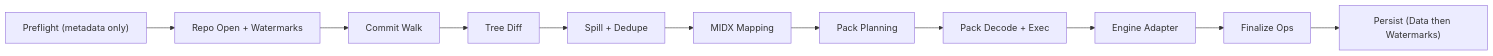
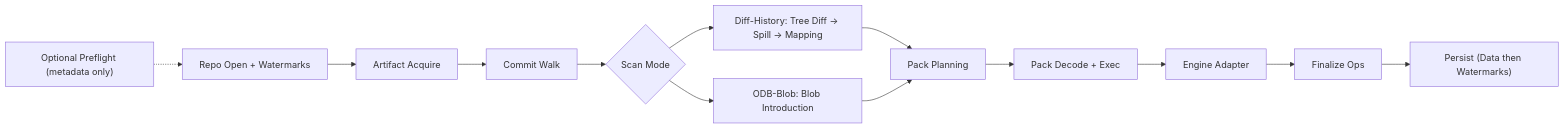
One commit to ahrav/scratch-scanner-rs changed the diagram in docs/git-scanning.md. Above: the diagram before and after it, drawn with Mermaid. The commit also changed other lines of this file and 6 other files, not shown here.

````diff
--- a/docs/git-scanning.md
+++ b/docs/git-scanning.md
@@ -8,13 +8,15 @@
 ```mermaid
 flowchart LR
-    Preflight["Preflight (metadata only)"] --> RepoOpen["Repo Open + Watermarks"]
-    RepoOpen --> CommitWalk["Commit Walk"]
-    CommitWalk --> TreeDiff["Tree Diff"]
-    TreeDiff --> Spill["Spill + Dedupe"]
-    Spill --> Mapping["MIDX Mapping"]
-    Mapping --> PackPlan["Pack Planning"]
+    Preflight["Optional Preflight (metadata only)"] -.-> RepoOpen["Repo Open + Watermarks"]
+    RepoOpen --> ArtifactAcquire["Artifact Acquire"]
+    ArtifactAcquire --> CommitWalk["Commit Walk"]
+    CommitWalk --> Mode{"Scan Mode"}
+    Mode --> Diff["Diff-History: Tree Diff -> Spill -> Mapping"]
+    Mode --> Odb["ODB-Blob: Blob Introduction"]
+    Diff --> PackPlan["Pack Planning"]
+    Odb --> PackPlan
     PackPlan --> PackExec["Pack Decode + Exec"]
     PackExec --> EngineAdapter["Engine Adapter"]
     EngineAdapter --> Finalize["Finalize Ops"]
     Finalize --> Persist["Persist (Data then Watermarks)"]
 ```
````
